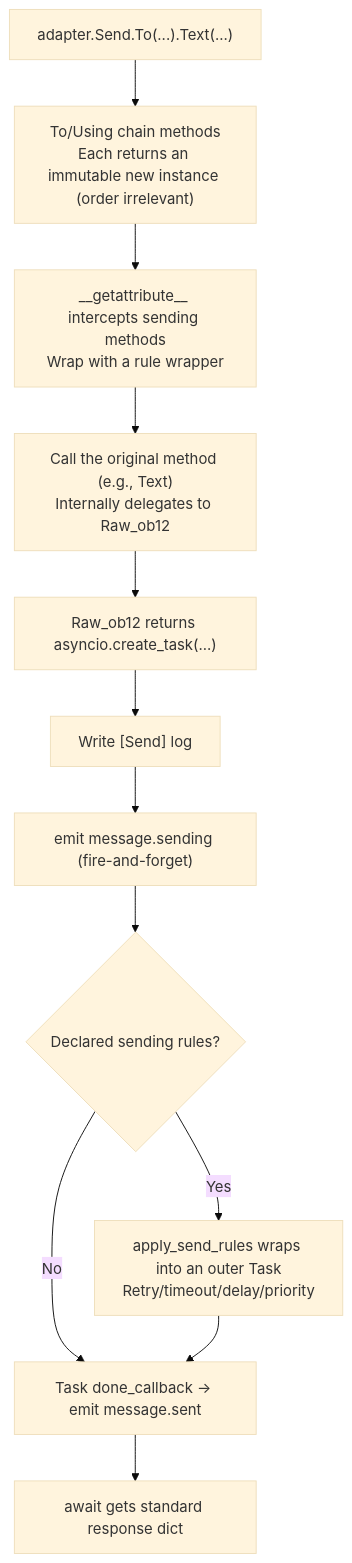
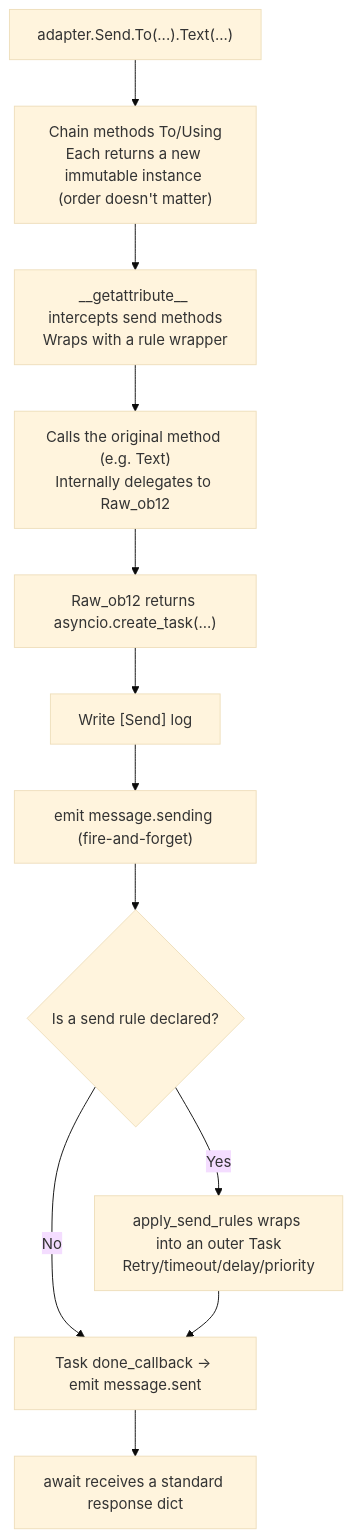
The second of 2 diagrams in docs/en/developer-guide/adapters/send-dsl.md (ErisPulse/ErisPulse), drawn with Mermaid (base theme) before and after one commit. The commit also changed other lines of this file and 622 other files, not shown here.

````diff
--- a/docs/en/developer-guide/adapters/send-dsl.md
+++ b/docs/en/developer-guide/adapters/send-dsl.md
@@ -574,14 +574,14 @@
 ```mermaid
 flowchart TD
-    A["adapter.Send.To(...).Text(...)"] --> B["To/Using chain methods<br/>Each returns an immutable new instance (order irrelevant)"]
-    B --> C["__getattribute__ intercepts sending methods<br/>Wrap with a rule wrapper"]
-    C --> D["Call the original method (e.g., Text)<br/>Internally delegates to Raw_ob12"]
+    A["adapter.Send.To(...).Text(...)"] --> B["Chain methods To/Using<br/>Each returns a new immutable instance (order doesn't matter)"]
+    B --> C["__getattribute__ intercepts send methods<br/>Wraps with a rule wrapper"]
+    C --> D["Calls the original method (e.g. Text)<br/>Internally delegates to Raw_ob12"]
     D --> E["Raw_ob12 returns asyncio.create_task(...)"]
     E --> F["Write [Send] log"]
     F --> G["emit message.sending (fire-and-forget)"]
-    G --> H{"Declared sending rules?"}
+    G --> H{"Is a send rule declared?"}
     H -->|"No"| I["Task done_callback → emit message.sent"]
     H -->|"Yes"| J["apply_send_rules wraps into an outer Task<br/>Retry/timeout/delay/priority"]
     J --> I
-    I --> K["await gets standard response dict"]
+    I --> K["await receives a standard response dict"]
 ```
````
